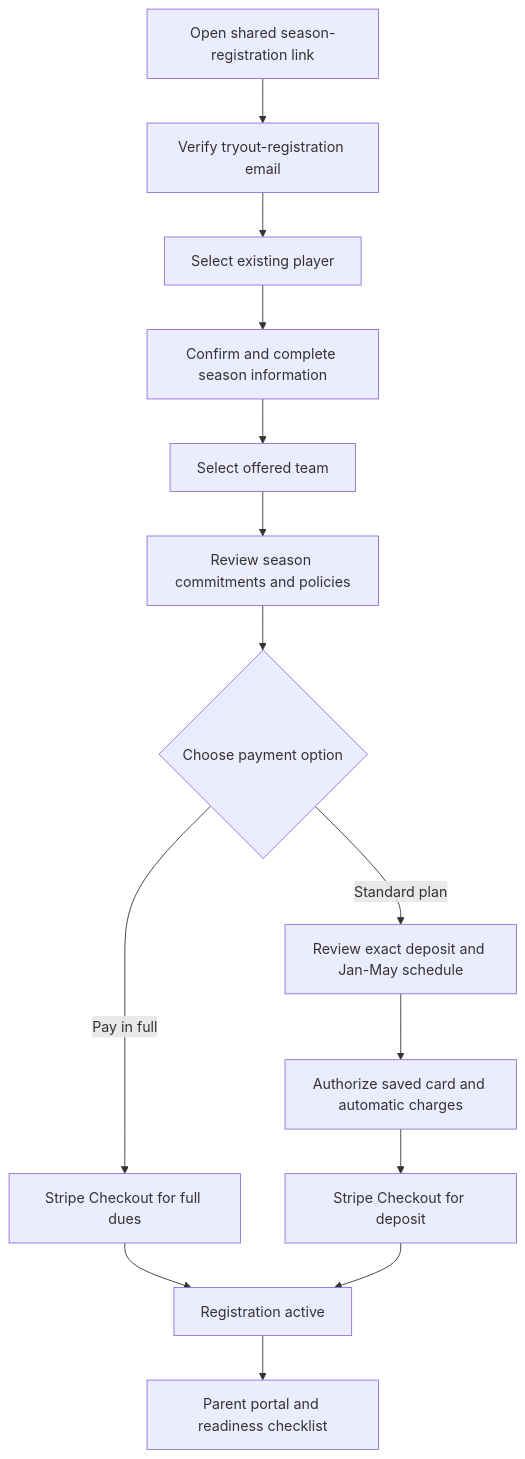
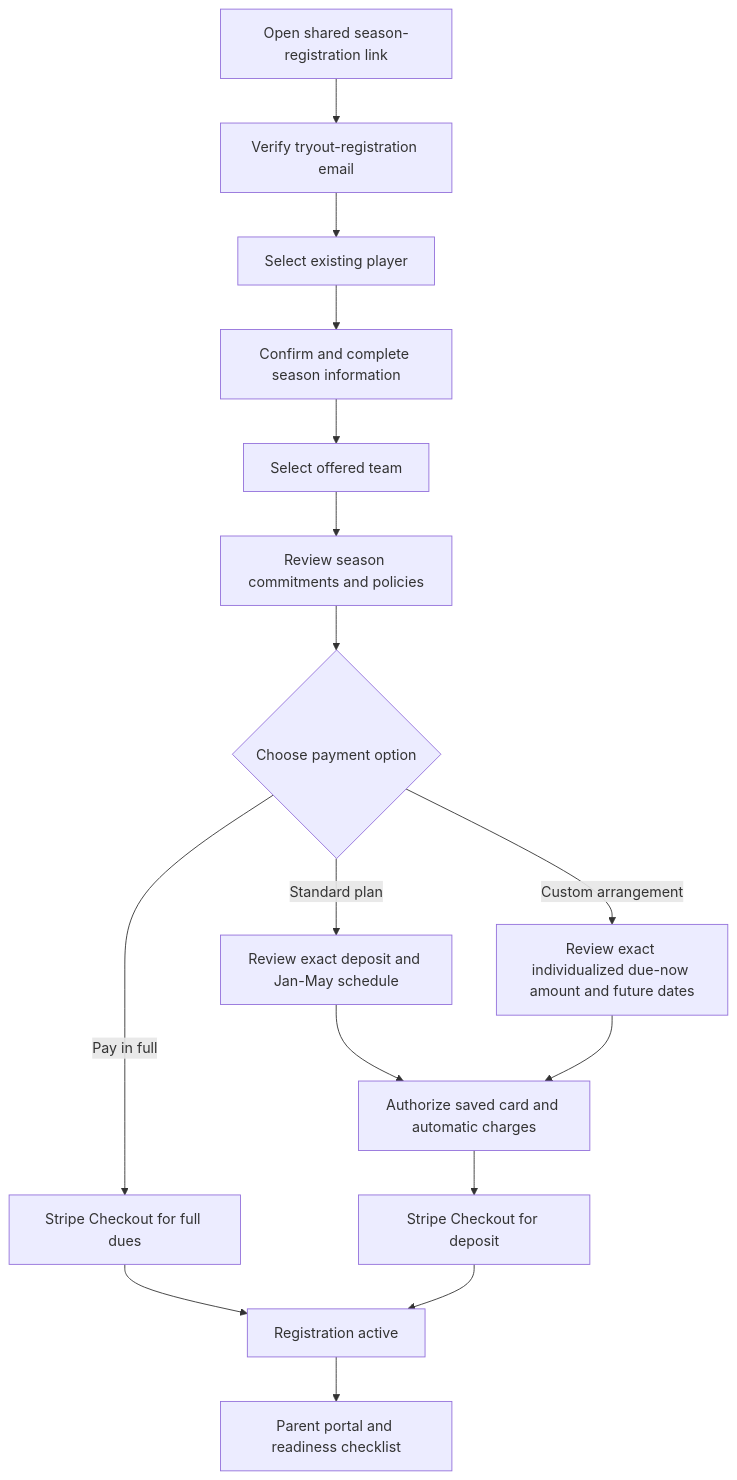
One commit to revenant-73/tvvc-website changed the diagram in docs/CLUB_SEASON_REGISTRATION_SYSTEM.md. Above: the diagram before and after it, drawn with Mermaid. The commit also changed other lines of this file and 12 other files, not shown here.

````diff
--- a/docs/CLUB_SEASON_REGISTRATION_SYSTEM.md
+++ b/docs/CLUB_SEASON_REGISTRATION_SYSTEM.md
@@ -280,16 +303,18 @@
 ```mermaid
 flowchart TD
     A["Open shared season-registration link"] --> B["Verify tryout-registration email"]
     B --> C["Select existing player"]
     C --> D["Confirm and complete season information"]
     D --> E["Select offered team"]
     E --> F["Review season commitments and policies"]
     F --> G{"Choose payment option"}
     G -->|"Pay in full"| H["Stripe Checkout for full dues"]
     G -->|"Standard plan"| I["Review exact deposit and Jan-May schedule"]
+    G -->|"Custom arrangement"| N["Review exact individualized due-now amount and future dates"]
     I --> J["Authorize saved card and automatic charges"]
+    N --> J
     J --> K["Stripe Checkout for deposit"]
     H --> L["Registration active"]
     K --> L
     L --> M["Parent portal and readiness checklist"]
 ```
````
